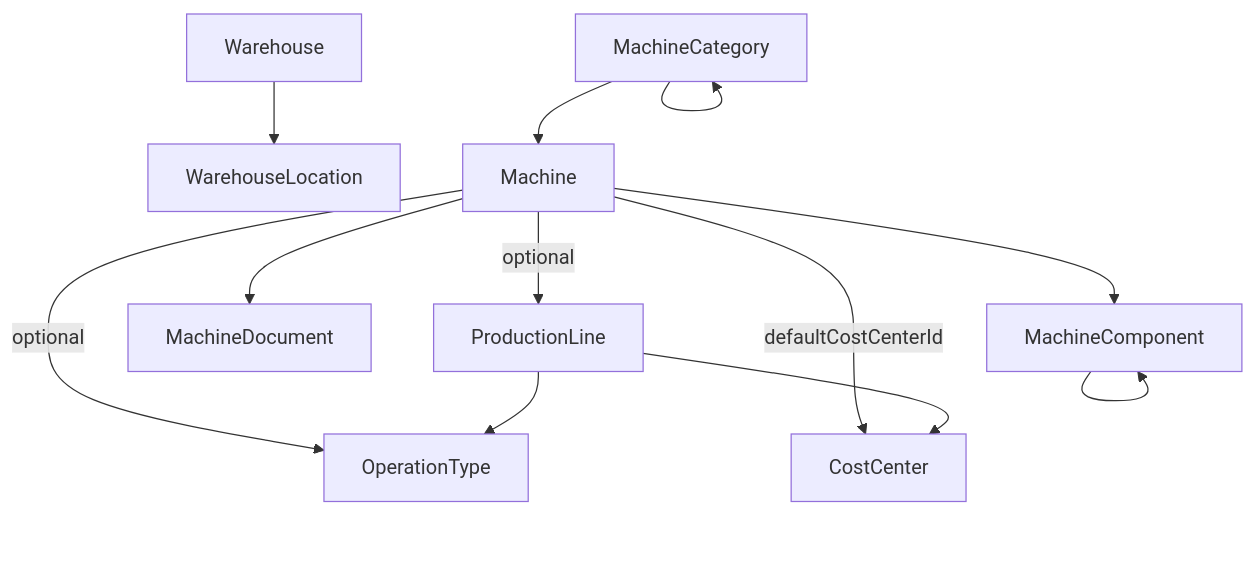
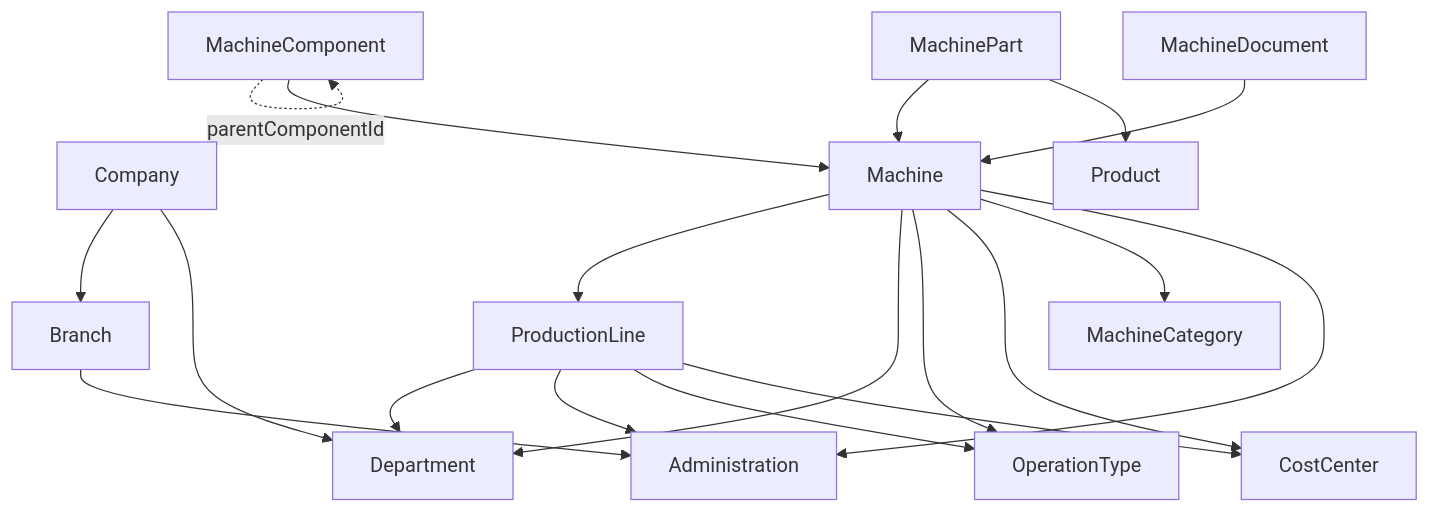
Before and after one commit to attef7474-byte/ATsoftERP: the second of 9 diagrams in docs/proofs/atsofterp-current-architecture-discovery-report.md, drawn with Mermaid. The commit also changed other lines of this file and 142 other files, not shown here.

````diff
--- a/docs/proofs/atsofterp-current-architecture-discovery-report.md
+++ b/docs/proofs/atsofterp-current-architecture-discovery-report.md
@@ -248,14 +404,21 @@
 ```mermaid
 graph TD
-    Warehouse --> WarehouseLocation
-    MachineCategory --> MachineCategory
-    MachineCategory --> Machine
-    Machine --> MachineComponent
-    MachineComponent --> MachineComponent
-    Machine --> MachineDocument
-    Machine -->|optional| ProductionLine
-    Machine -->|optional| OperationType
-    Machine -->|defaultCostCenterId| CostCenter
+    Company --> Branch
+    Branch --> Administration
+    Company --> Department
+    ProductionLine --> Department
+    ProductionLine --> Administration
     ProductionLine --> OperationType
     ProductionLine --> CostCenter
+    Machine --> ProductionLine
+    Machine --> Department
+    Machine --> OperationType
+    Machine --> CostCenter
+    Machine --> MachineCategory
+    Machine --> Administration
+    MachineComponent --> Machine
+    MachineComponent -.->|parentComponentId| MachineComponent
+    MachinePart --> Machine
+    MachinePart --> Product
+    MachineDocument --> Machine
 ```
````
